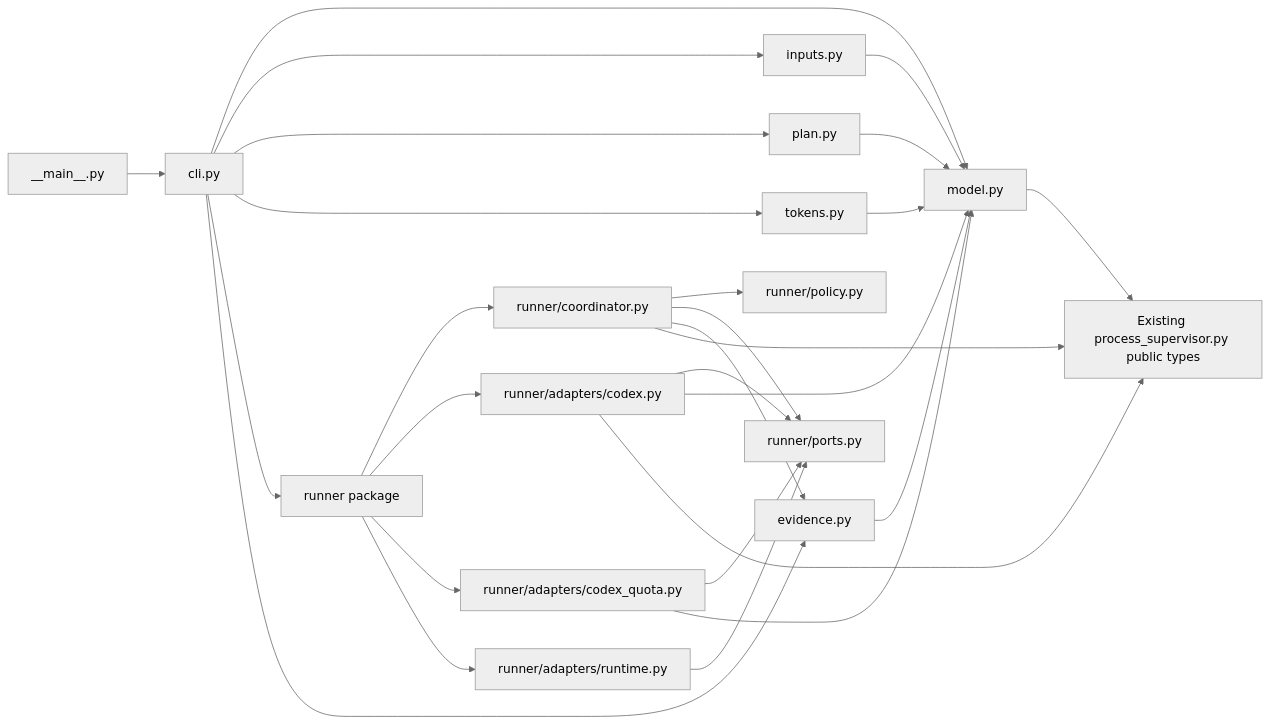
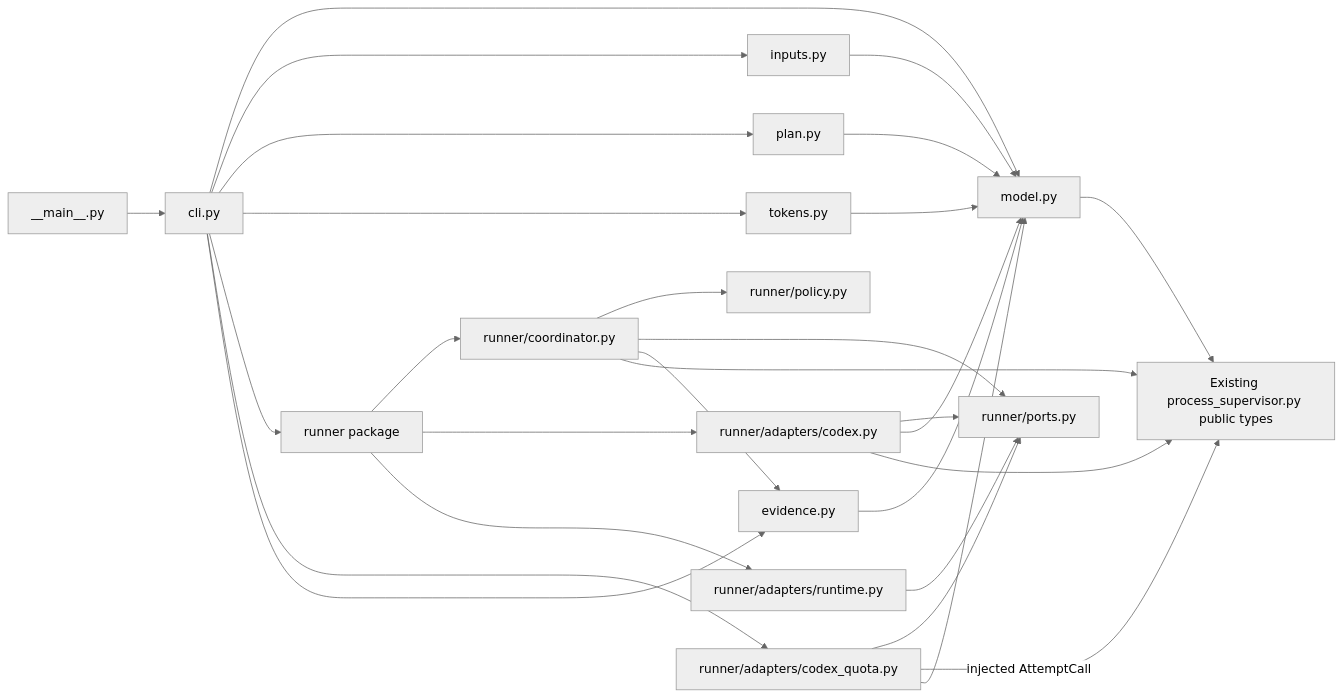
The second of 2 diagrams in doc/feat/reviewer/engineering/evaluation/evaluation-harness/architecture.md (msitarz/ataraxia), drawn with Mermaid (neutral theme) before and after one commit. The commit also changed other lines of this file and 8 other files, not shown here.

Commit message:
docs: define periodic quota monitor architecture

````diff
--- a/doc/feat/reviewer/engineering/evaluation/evaluation-harness/architecture.md
+++ b/doc/feat/reviewer/engineering/evaluation/evaluation-harness/architecture.md
@@ -561,29 +605,30 @@
 ```mermaid
 flowchart LR
     CLI[cli.py] --> MODEL[model.py]
     CLI --> INPUTS[inputs.py]
     CLI --> PLAN[plan.py]
     CLI --> TOKENS[tokens.py]
     CLI --> RUNNER[runner package]
+    CLI --> QUOTA[runner/adapters/codex_quota.py]
     CLI --> EVIDENCE[evidence.py]
     RUNNER --> COORD[runner/coordinator.py]
     RUNNER --> CODEX[runner/adapters/codex.py]
-    RUNNER --> QUOTA[runner/adapters/codex_quota.py]
     RUNNER --> RUNTIME[runner/adapters/runtime.py]
     COORD --> POLICY[runner/policy.py]
     COORD --> PORTS[runner/ports.py]
     CODEX --> PORTS
     QUOTA --> PORTS
     RUNTIME --> PORTS
+    QUOTA -->|injected AttemptCall| SUP[Existing process supervisor]
     CODEX --> MODEL
     QUOTA --> MODEL
     INPUTS --> MODEL
     PLAN --> MODEL
     TOKENS --> MODEL
     COORD --> EVIDENCE
     EVIDENCE --> MODEL
     MODEL --> SUP[Existing process_supervisor.py public types]
     COORD --> SUP
     CODEX --> SUP
     MAIN[__main__.py] --> CLI
 ```
````
